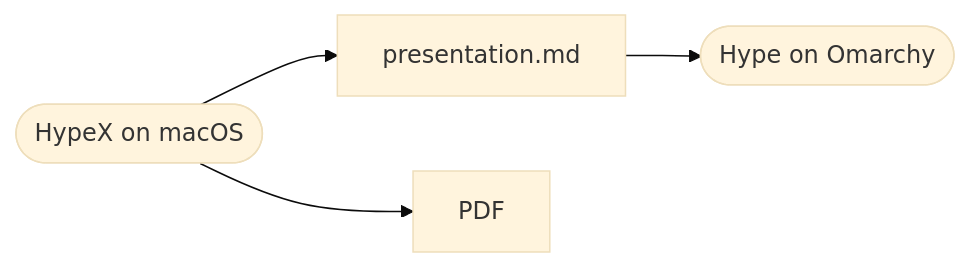
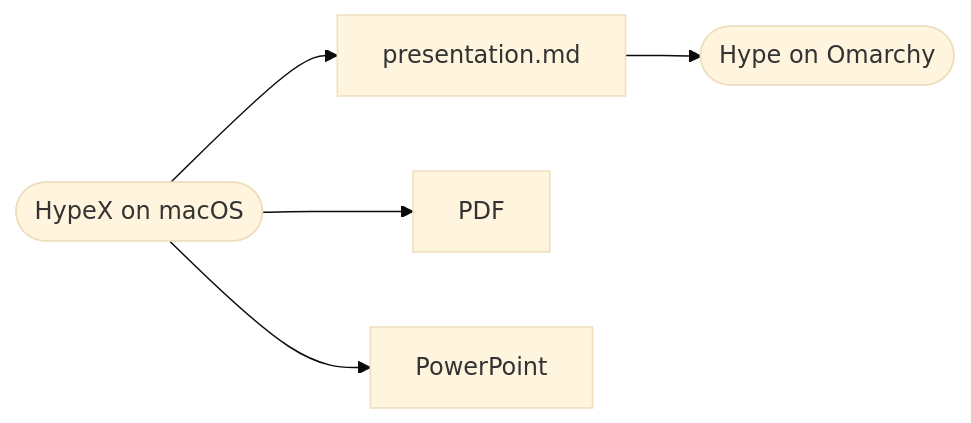
The diagram in docs/demo/presentation.md (gscalzo/HypeX), drawn with Mermaid (base theme) before and after one commit. The commit also changed 5 other files, not shown here.

First line of the commit message:
Document PowerPoint export and formatted notes

````diff
--- a/docs/demo/presentation.md
+++ b/docs/demo/presentation.md
@@ -23,5 +23,5 @@
 ```mermaid
 flowchart LR
   mac([HypeX on macOS]) --> md[presentation.md] --> hype([Hype on Omarchy])
-  mac --> pdf[PDF]
+  mac --> pdf[PDF] & pptx[PowerPoint]
 ```
````
